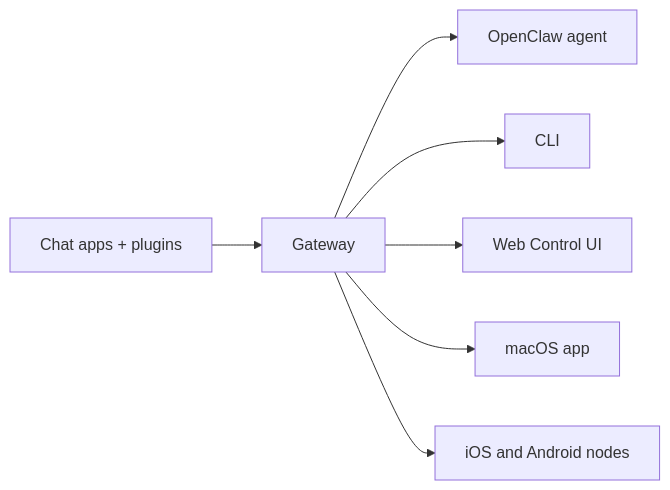
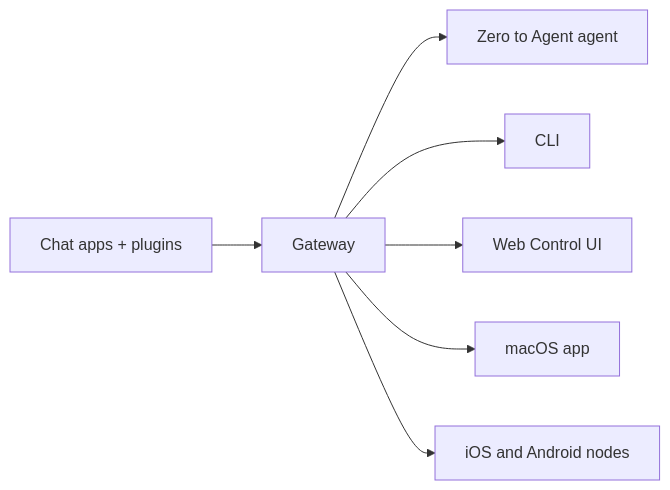
Before and after one commit to celaya-solutions/CSR-AGENT: the diagram in docs/index.md, drawn with Mermaid. The commit also changed other lines of this file and 3128 other files, not shown here.

````diff
--- a/docs/index.md
+++ b/docs/index.md
@@ -111,9 +111,9 @@
 ```mermaid
 flowchart LR
   A["Chat apps + plugins"] --> B["Gateway"]
-  B --> C["OpenClaw agent"]
+  B --> C["Zero to Agent agent"]
   B --> D["CLI"]
   B --> E["Web Control UI"]
   B --> F["macOS app"]
   B --> G["iOS and Android nodes"]
 ```
````
